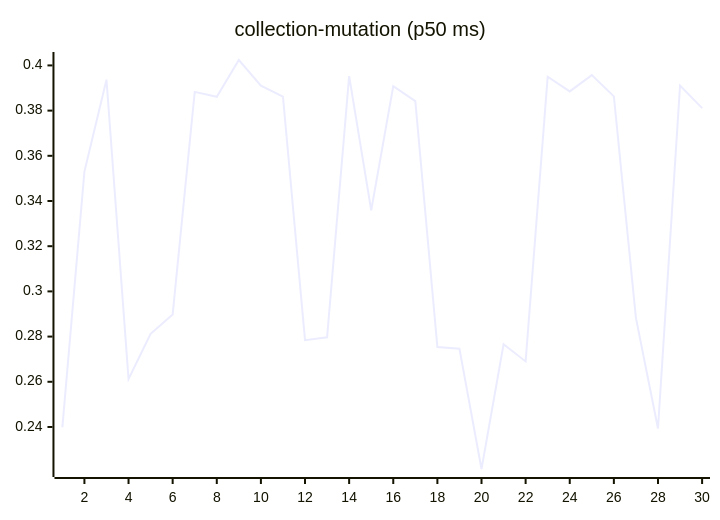
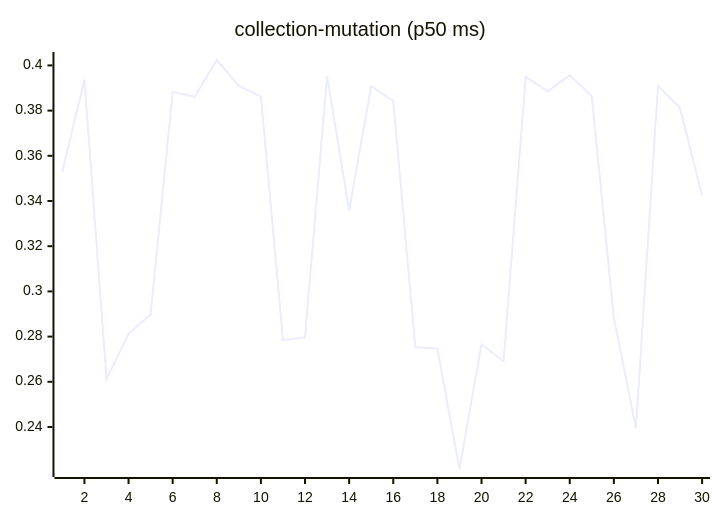
The sixth of 27 diagrams in README.md (josha/Facet), drawn with Mermaid before and after one commit. The commit also changed other lines of this file and 2 other files, not shown here.

````diff
--- a/README.md
+++ b/README.md
@@ -98,6 +98,6 @@
 ```mermaid
 xychart-beta
     title "collection-mutation (p50 ms)"
     x-axis 1 --> 30
-    line [0.2398, 0.3530, 0.3937, 0.2612, 0.2812, 0.2898, 0.3883, 0.3861, 0.4024, 0.3910, 0.3862, 0.2784, 0.2797, 0.3953, 0.3359, 0.3908, 0.3842, 0.2754, 0.2746, 0.2214, 0.2766, 0.2690, 0.3950, 0.3885, 0.3957, 0.3863, 0.2883, 0.2393, 0.3911, 0.3811]
+    line [0.3530, 0.3937, 0.2612, 0.2812, 0.2898, 0.3883, 0.3861, 0.4024, 0.3910, 0.3862, 0.2784, 0.2797, 0.3953, 0.3359, 0.3908, 0.3842, 0.2754, 0.2746, 0.2214, 0.2766, 0.2690, 0.3950, 0.3885, 0.3957, 0.3863, 0.2883, 0.2393, 0.3911, 0.3811, 0.3424]
 ```
````
